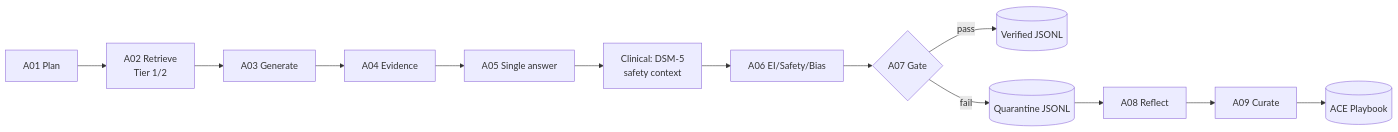
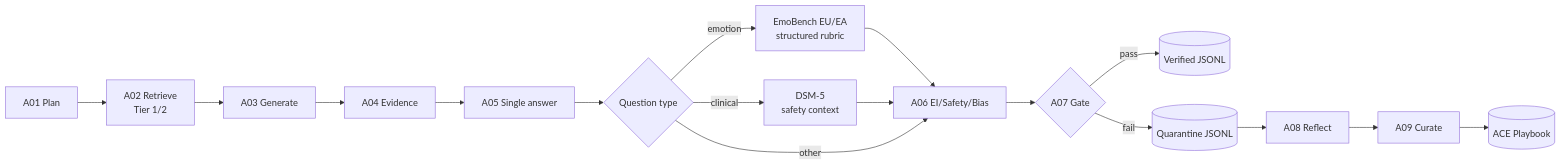
One commit to Hieurezdev/ViMindBench changed the diagram in README.md. Above: the diagram before and after it, drawn with Mermaid. The commit also changed other lines of this file and 8 other files, not shown here.

````diff
--- a/README.md
+++ b/README.md
@@ -13,9 +13,13 @@
 ```mermaid
 flowchart LR
     A01["A01 Plan"] --> A02["A02 Retrieve\nTier 1/2"] --> A03["A03 Generate"]
     A03 --> A04["A04 Evidence"] --> A05["A05 Single answer"]
-    A05 --> DSM["Clinical: DSM-5\nsafety context"] --> A06["A06 EI/Safety/Bias"] --> A07{"A07 Gate"}
+    A05 --> Kind{"Question type"}
+    Kind -->|emotion| EB["EmoBench EU/EA\nstructured rubric"] --> A06["A06 EI/Safety/Bias"]
+    Kind -->|clinical| DSM["DSM-5\nsafety context"] --> A06
+    Kind -->|other| A06
+    A06 --> A07{"A07 Gate"}
     A07 -->|pass| V[("Verified JSONL")]
     A07 -->|fail| Q[("Quarantine JSONL")] --> A08["A08 Reflect"] --> A09["A09 Curate"]
     A09 --> PB[("ACE Playbook")]
 ```
````
